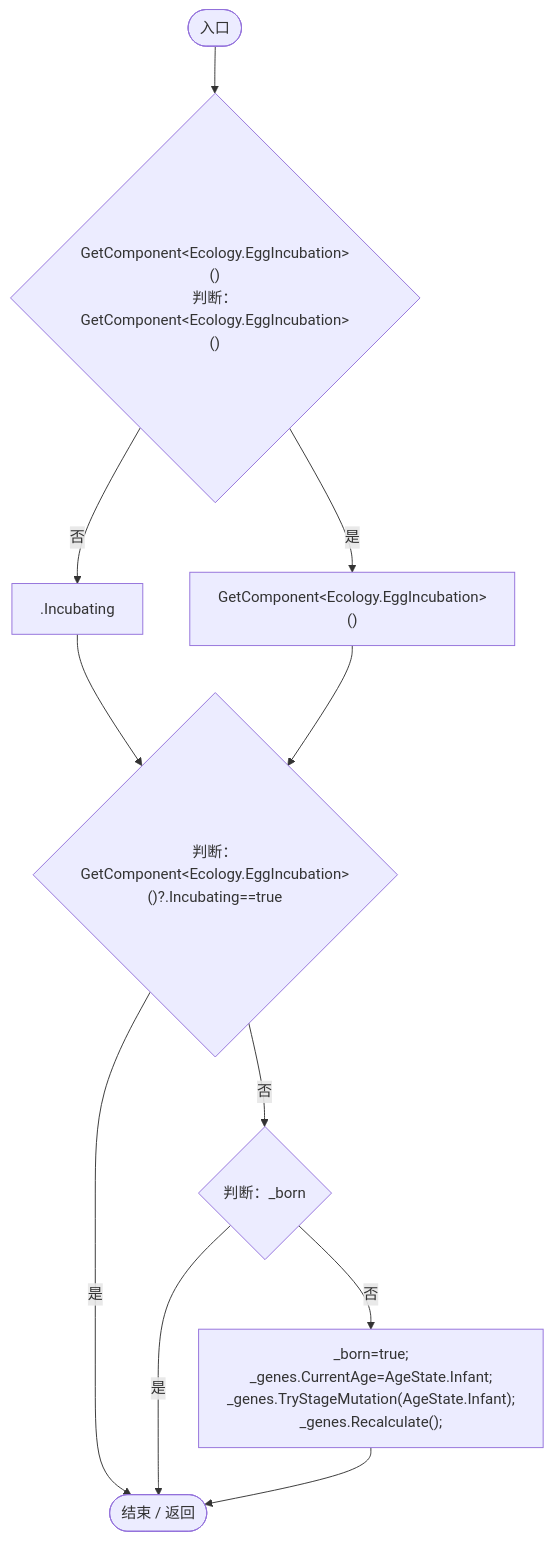
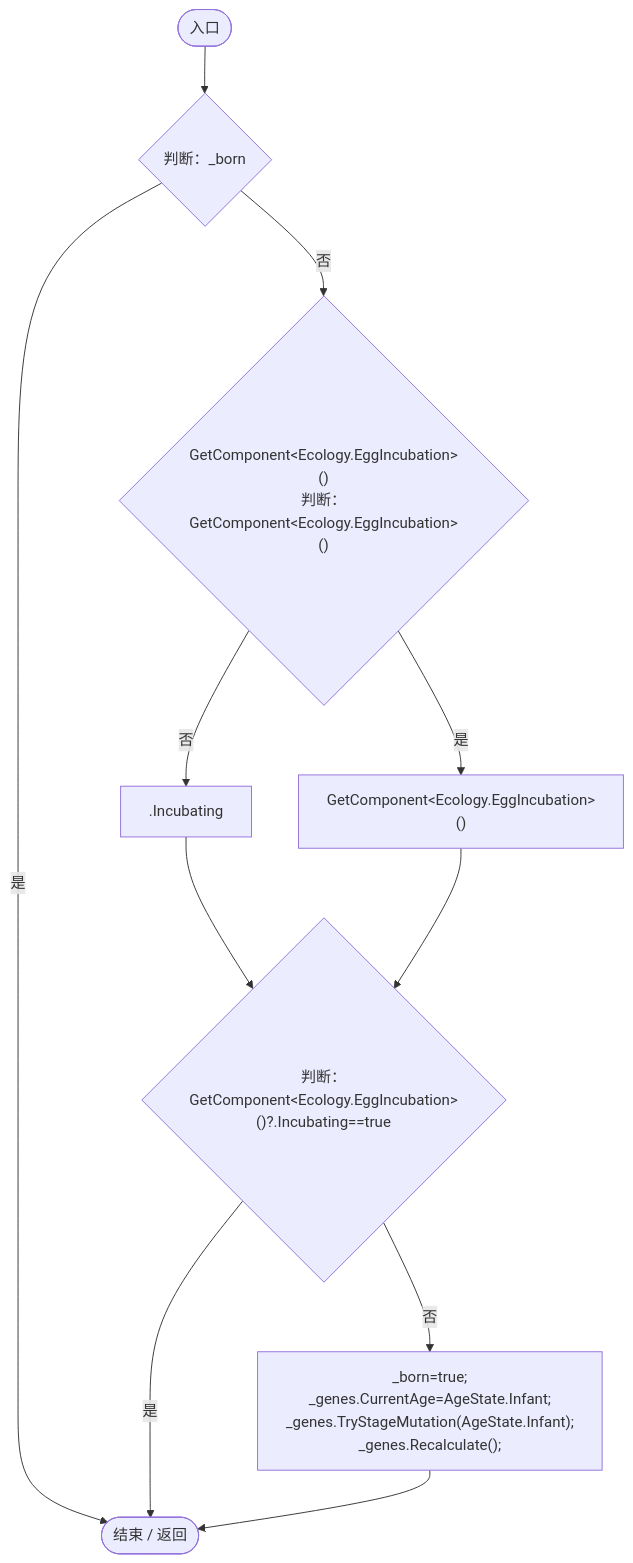
One commit to xhs6666/Darwin_paradise changed the seventh of 12 diagrams in Docs/运行流程图/脚本/9f4138bfbae654b7.md. Above: the diagram before and after it, drawn with Mermaid. The commit also changed other lines of this file and 240 other files, not shown here.

````diff
--- a/Docs/运行流程图/脚本/9f4138bfbae654b7.md
+++ b/Docs/运行流程图/脚本/9f4138bfbae654b7.md
@@ -143,22 +143,22 @@
 ```mermaid
 flowchart TD
   b0(["入口"])
-  b1{"GetComponent&lt;Ecology.EggIncubation&gt;()<br/>判断：GetComponent&lt;Ecology.EggIncubation&gt;()"}
-  b2[".Incubating"]
-  b3["GetComponent&lt;Ecology.EggIncubation&gt;()"]
-  b4{"判断：GetComponent&lt;Ecology.EggIncubation&gt;()?.Incubating==true"}
-  b5{"判断：_born"}
+  b1{"判断：_born"}
+  b2{"GetComponent&lt;Ecology.EggIncubation&gt;()<br/>判断：GetComponent&lt;Ecology.EggIncubation&gt;()"}
+  b3[".Incubating"]
+  b4["GetComponent&lt;Ecology.EggIncubation&gt;()"]
+  b5{"判断：GetComponent&lt;Ecology.EggIncubation&gt;()?.Incubating==true"}
   b6["_born=true;<br/>_genes.CurrentAge=AgeState.Infant;<br/>_genes.TryStageMutation(AgeState.Infant);<br/>_genes.Recalculate();"]
   b7(["结束 / 返回"])
   b0 --> b1
+  b1 -->|"是"| b7
   b1 -->|"否"| b2
-  b1 -->|"是"| b3
-  b2 --> b4
-  b3 --> b4
-  b4 -->|"是"| b7
-  b4 -->|"否"| b5
+  b2 -->|"否"| b3
+  b2 -->|"是"| b4
+  b3 --> b5
+  b4 --> b5
   b5 -->|"是"| b7
   b5 -->|"否"| b6
   b6 --> b7
 
 ```
````
